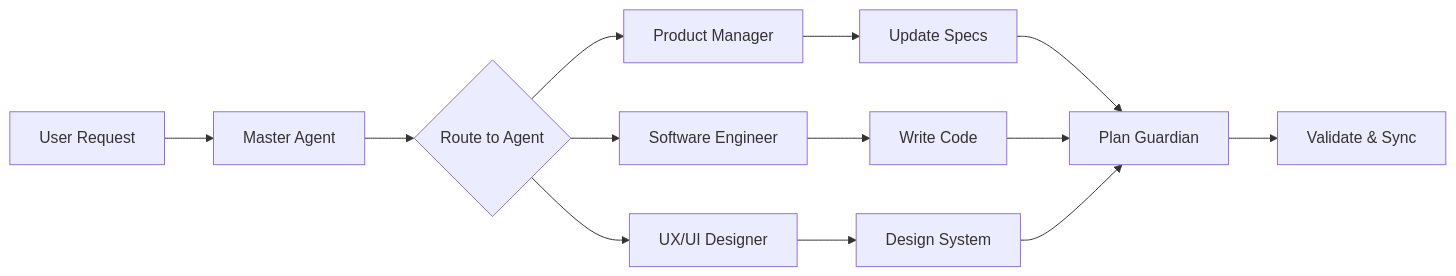
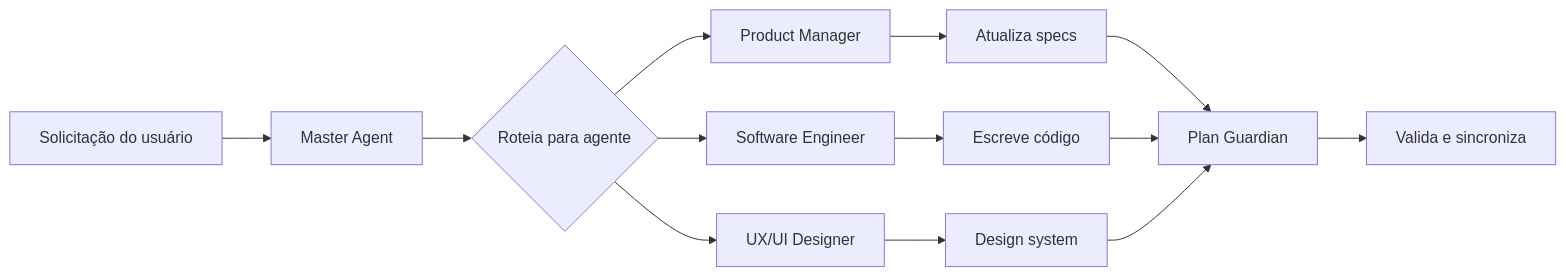
One commit to ppablobr/my-agent-council changed the diagram in docs/GETTING_STARTED.md. Above: the diagram before and after it, drawn with Mermaid. The commit also changed other lines of this file and 34 other files, not shown here.

````diff
--- a/docs/GETTING_STARTED.md
+++ b/docs/GETTING_STARTED.md
@@ -103,15 +103,15 @@
 ```mermaid
 flowchart LR
-    A[User Request] --> B[Master Agent]
-    B --> C{Route to Agent}
+    A[Solicitação do usuário] --> B[Master Agent]
+    B --> C{Roteia para agente}
     C --> D[Product Manager]
     C --> E[Software Engineer]
     C --> F[UX/UI Designer]
-    D --> G[Update Specs]
-    E --> H[Write Code]
-    F --> I[Design System]
+    D --> G[Atualiza specs]
+    E --> H[Escreve código]
+    F --> I[Design system]
     G --> J[Plan Guardian]
     H --> J
     I --> J
-    J --> K[Validate & Sync]
+    J --> K[Valida e sincroniza]
 ```
````
